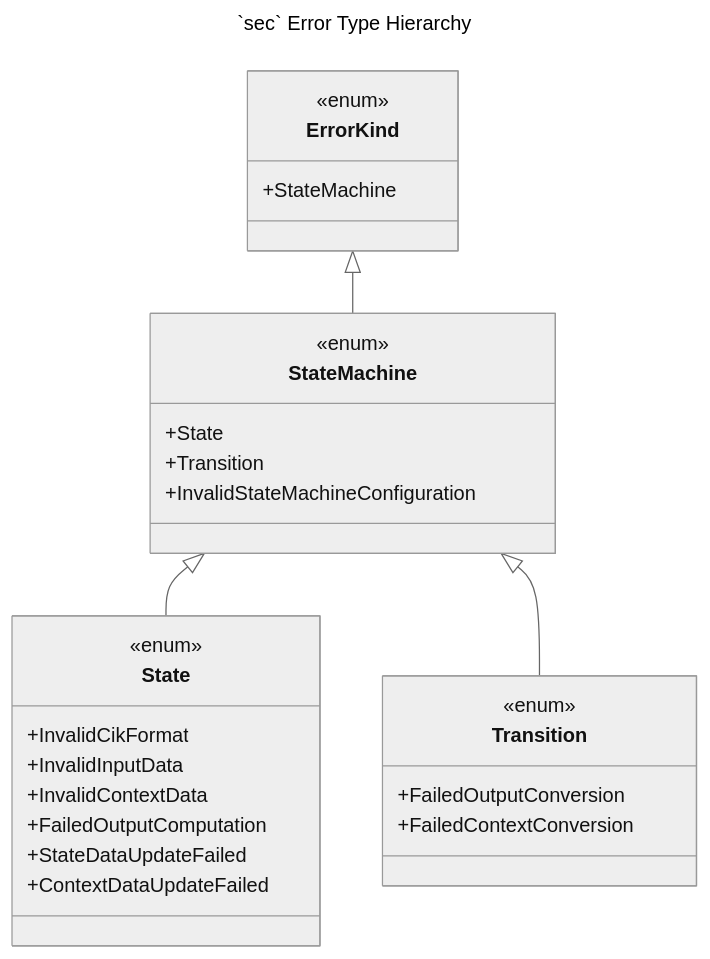
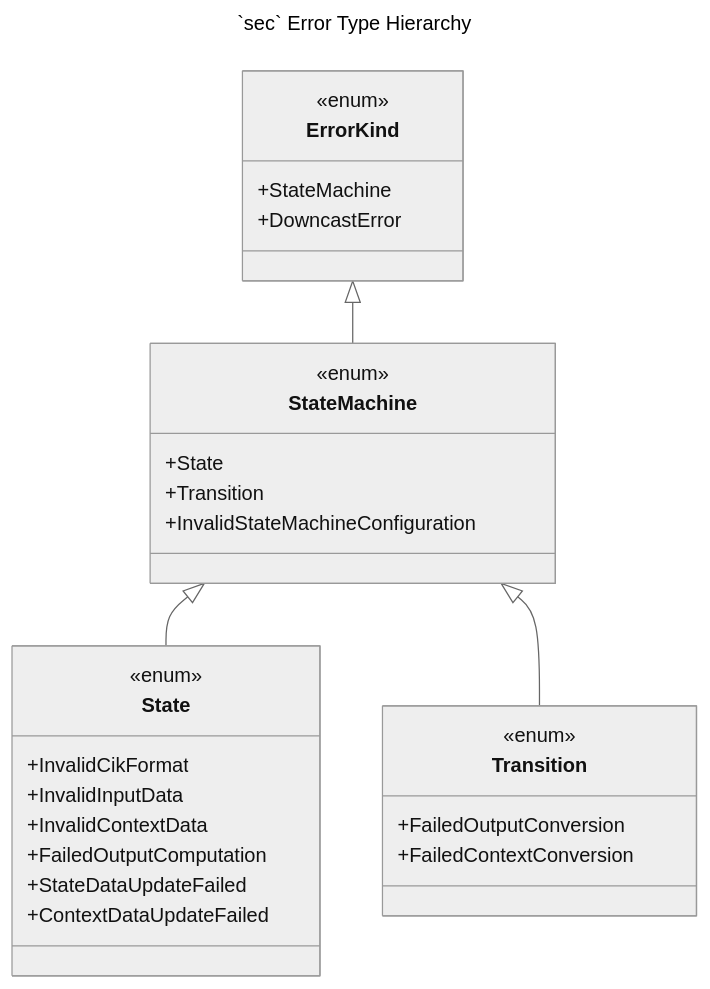
One commit to ironcapitaleu/arkad changed the diagram in sec/design/uml_class_diagram/sec_error_handling.md. Above: the diagram before and after it, drawn with Mermaid (neutral theme). The commit also changed 2 other files, not shown here.

Commit message:
refactor: rename `DowncastError` to `DowncastNotPossible`

````diff
--- a/sec/design/uml_class_diagram/sec_error_handling.md
+++ b/sec/design/uml_class_diagram/sec_error_handling.md
@@ -1,44 +1,45 @@
 ```mermaid
 ---
 title: "`sec` Error Type Hierarchy"
 ---
 classDiagram
     class ErrorKind{
         <<enum>>
         %% This is an enum that represents all kinds of errors that are expected in the `sec`package.
         +StateMachine
+        +DowncastError
     }
 
     class State {
         <<enum>>
         %% This is an enum that represents an error in the `sec` package that is caused by a computation that has been done internally inside a `State` in the `StateMachine`.
         +InvalidCikFormat
         +InvalidInputData
         +InvalidContextData
         +FailedOutputComputation
         +StateDataUpdateFailed
         +ContextDataUpdateFailed
     }
 
 
     class Transition {
         <<enum>>
         %% This is an enum that represents an error which occured during the transition from one `State` in the `StateMachine`to another `State`.
         +FailedOutputConversion
         +FailedContextConversion
     }
 
     class StateMachine{
         <<enum>>
         %% This is an enum that represents an error which occured during the execution of a `StateMachine`. It can either be attributed to a specific `State` computation, a `Transition` between States or a general misconfiguration of the `StateMachine`.
         +State
         +Transition
         +InvalidStateMachineConfiguration
     }
 
     %% Relationships
     ErrorKind <|-- StateMachine
     StateMachine <|-- State
     StateMachine <|-- Transition
     
 ```
````
